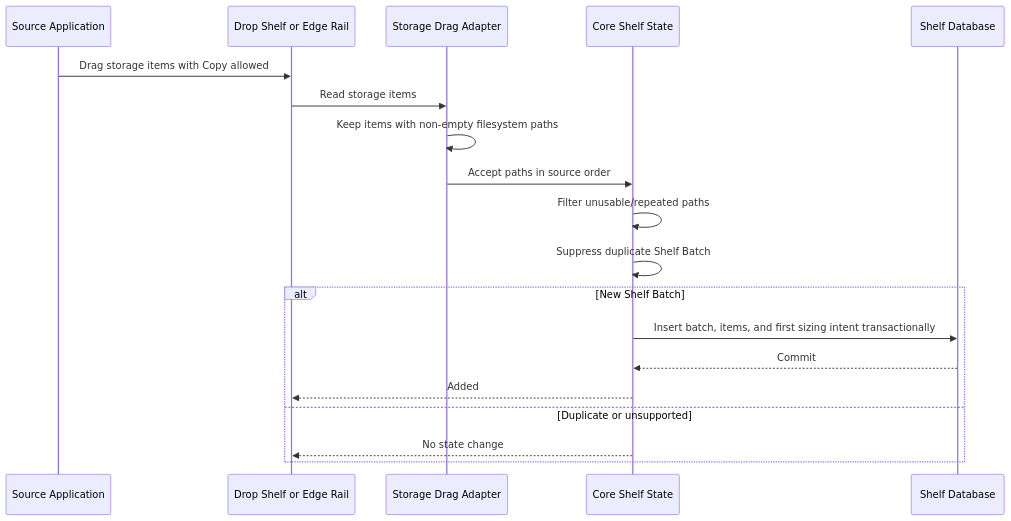
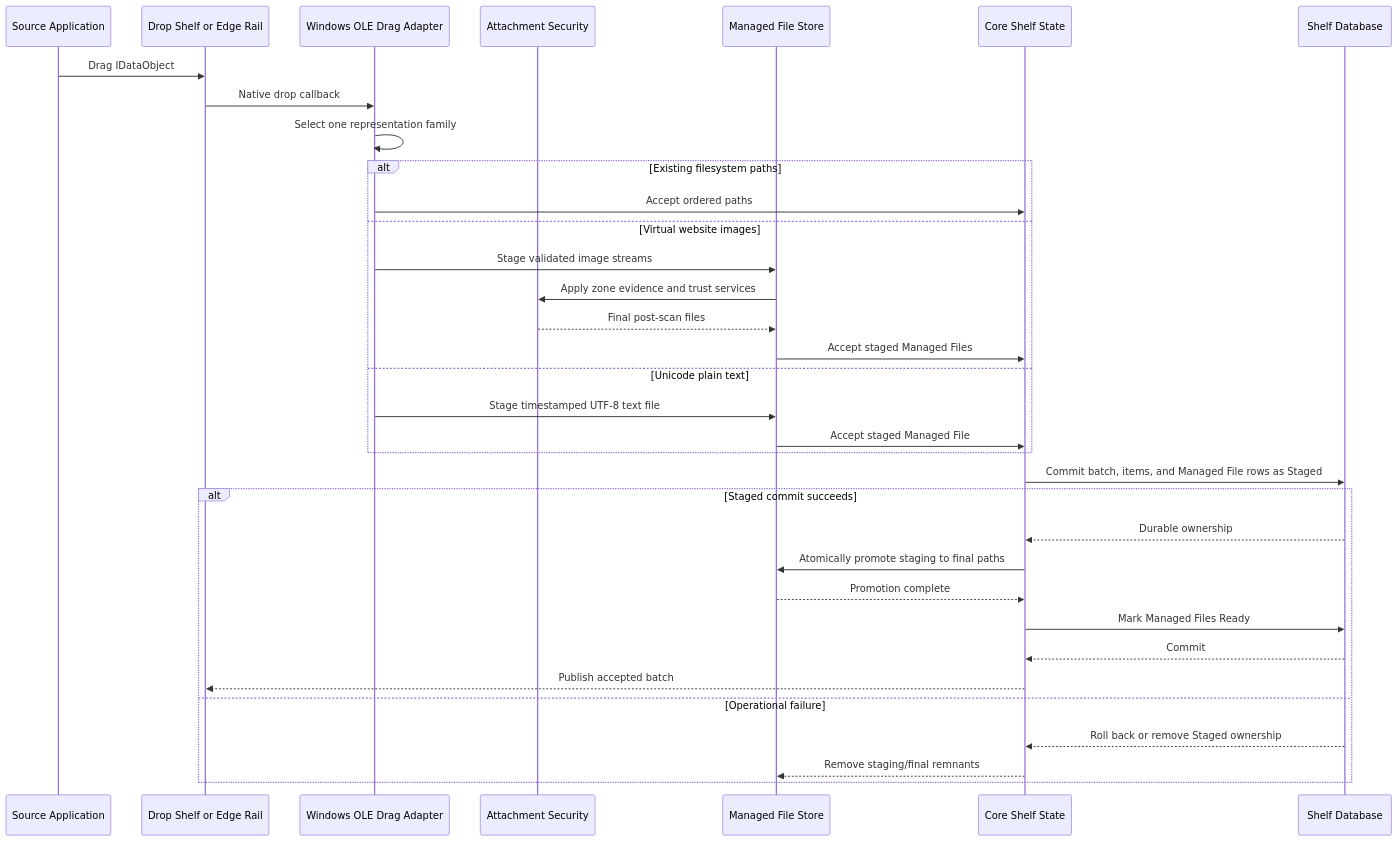
The seventh of 9 diagrams in docs/ARCHITECTURE.md (HungNth/DropCove), drawn with Mermaid before and after one commit. The commit also changed other lines of this file and 31 other files, not shown here.

Commit message:
feat(text): add managed text intake and lifecycle for v0.0.23

````diff
--- a/docs/ARCHITECTURE.md
+++ b/docs/ARCHITECTURE.md
@@ -251,22 +288,37 @@
 ```mermaid
 sequenceDiagram
     participant Source as Source Application
     participant Surface as Drop Shelf or Edge Rail
-    participant Adapter as Storage Drag Adapter
+    participant Adapter as Windows OLE Drag Adapter
+    participant Security as Attachment Security
+    participant Files as Managed File Store
     participant State as Core Shelf State
     participant DB as Shelf Database
 
-    Source->>Surface: Drag storage items with Copy allowed
-    Surface->>Adapter: Read storage items
-    Adapter->>Adapter: Keep items with non-empty filesystem paths
-    Adapter->>State: Accept paths in source order
-    State->>State: Filter unusable/repeated paths
-    State->>State: Suppress duplicate Shelf Batch
-    alt New Shelf Batch
-        State->>DB: Insert batch, items, and first sizing intent transactionally
+    Source->>Surface: Drag IDataObject
+    Surface->>Adapter: Native drop callback
+    Adapter->>Adapter: Select one representation family
+    alt Existing filesystem paths
+        Adapter->>State: Accept ordered paths
+    else Virtual website images
+        Adapter->>Files: Stage validated image streams
+        Files->>Security: Apply zone evidence and trust services
+        Security-->>Files: Final post-scan files
+        Files->>State: Accept staged Managed Files
+    else Unicode plain text
+        Adapter->>Files: Stage timestamped UTF-8 text file
+        Files->>State: Accept staged Managed File
+    end
+    State->>DB: Commit batch, items, and Managed File rows as Staged
+    alt Staged commit succeeds
+        DB-->>State: Durable ownership
+        State->>Files: Atomically promote staging to final paths
+        Files-->>State: Promotion complete
+        State->>DB: Mark Managed Files Ready
         DB-->>State: Commit
-        State-->>Surface: Added
-    else Duplicate or unsupported
-        State-->>Surface: No state change
+        State-->>Surface: Publish accepted batch
+    else Operational failure
+        DB-->>State: Roll back or remove Staged ownership
+        State-->>Files: Remove staging/final remnants
     end
 ```
````
